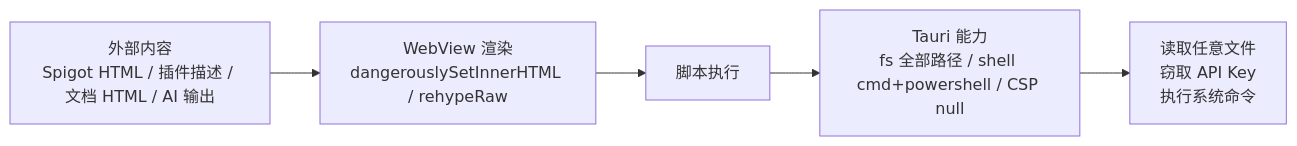
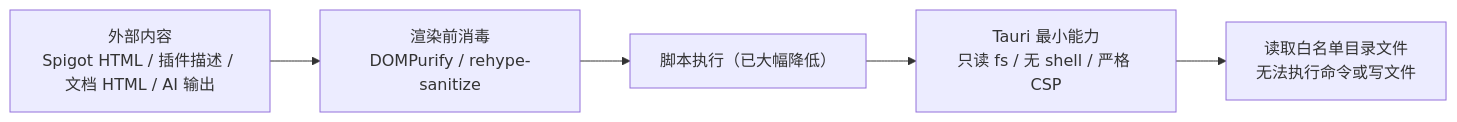
The diagram in docs/code-wiki/09-tauri-desktop.md (okouiko/pluginmarket), drawn with Mermaid before and after one commit. The commit also changed other lines of this file and 39 other files, not shown here.

````diff
--- a/docs/code-wiki/09-tauri-desktop.md
+++ b/docs/code-wiki/09-tauri-desktop.md
@@ -240,10 +224,10 @@
 ```mermaid
 flowchart LR
     Remote["外部内容<br/>Spigot HTML / 插件描述 / 文档 HTML / AI 输出"]
-    Render["WebView 渲染<br/>dangerouslySetInnerHTML / rehypeRaw"]
-    XSS["脚本执行"]
-    Cap["Tauri 能力<br/>fs 全部路径 / shell cmd+powershell / CSP null"]
-    Impact["读取任意文件<br/>窃取 API Key<br/>执行系统命令"]
+    Render["渲染前消毒<br/>DOMPurify / rehype-sanitize"]
+    XSS["脚本执行（已大幅降低）"]
+    Cap["Tauri 最小能力<br/>只读 fs / 无 shell / 严格 CSP"]
+    Impact["读取白名单目录文件<br/>无法执行命令或写文件"]
 
     Remote --> Render --> XSS --> Cap --> Impact
 ```
````
